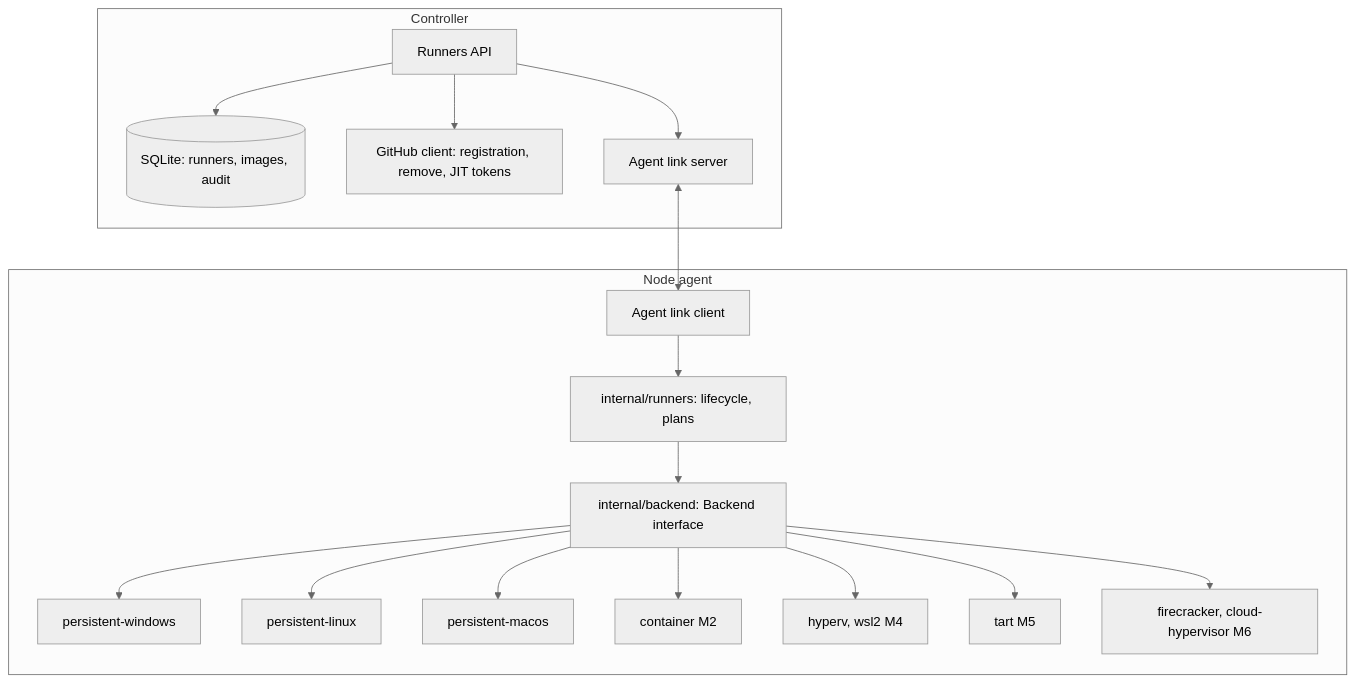
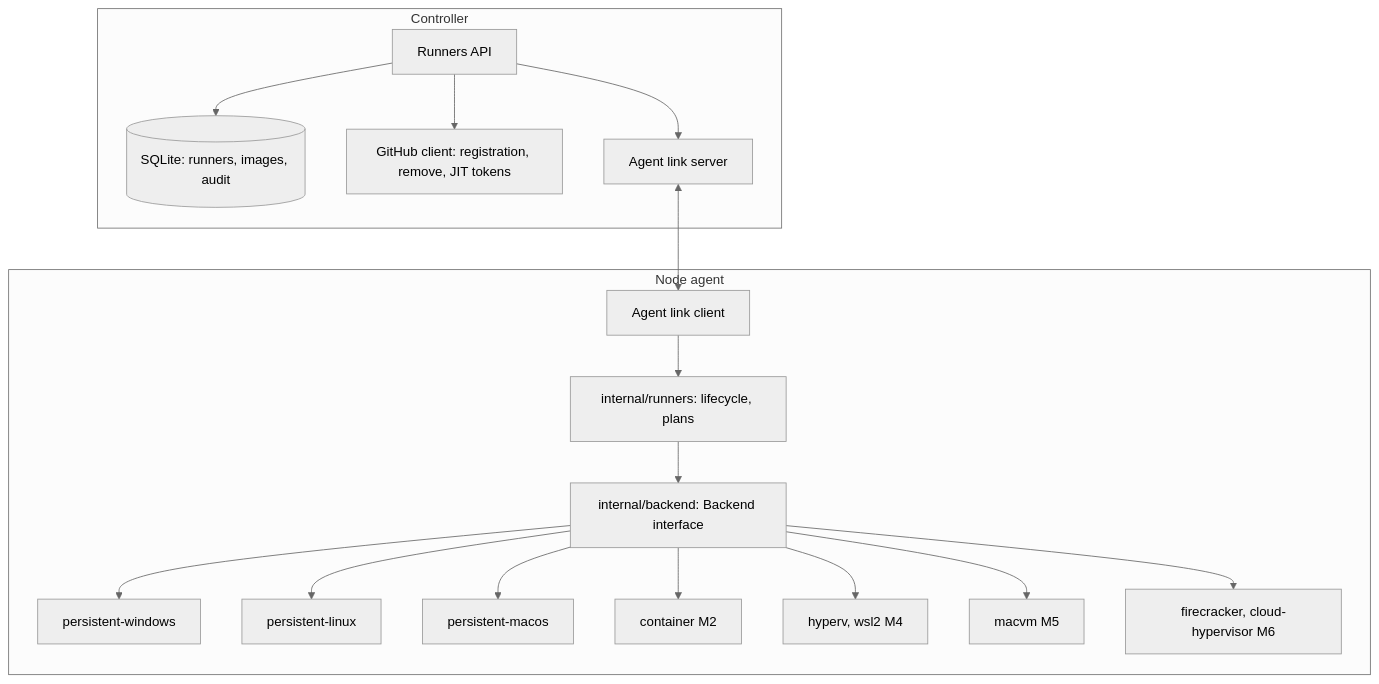
The third of 3 diagrams in docs/features/runners/spec.md (luis-mc/ci-runners-pool), drawn with Mermaid (neutral theme) before and after one commit. The commit also changed other lines of this file and 188 other files, not shown here.

````diff
--- a/docs/features/runners/spec.md
+++ b/docs/features/runners/spec.md
@@ -292,20 +302,20 @@
 ```mermaid
 flowchart TB
   subgraph controller[Controller]
     api[Runners API] --> store[(SQLite: runners, images, audit)]
     api --> gh[GitHub client: registration, remove, JIT tokens]
     api --> link[Agent link server]
   end
   subgraph agent[Node agent]
     linkc[Agent link client] --> mgr[internal/runners: lifecycle, plans]
     mgr --> iface[internal/backend: Backend interface]
     iface --> win[persistent-windows]
     iface --> lin[persistent-linux]
     iface --> mac[persistent-macos]
     iface --> ctr[container M2]
     iface --> hv[hyperv, wsl2 M4]
-    iface --> tart[tart M5]
+    iface --> macvm[macvm M5]
     iface --> mvm[firecracker, cloud-hypervisor M6]
   end
   link <--> linkc
 ```
````
